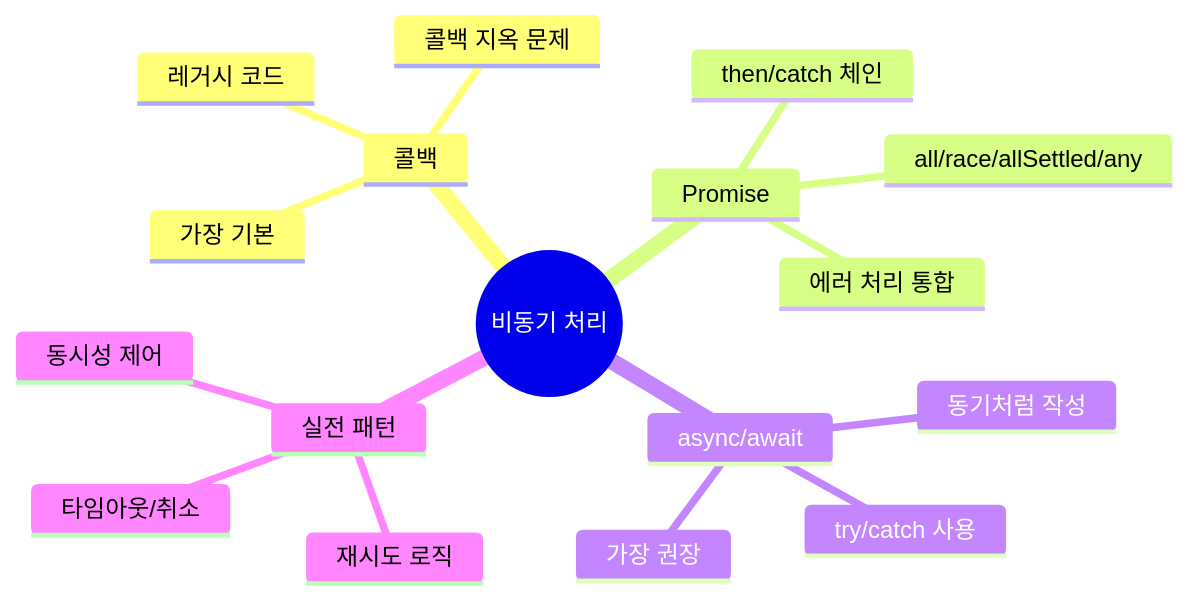
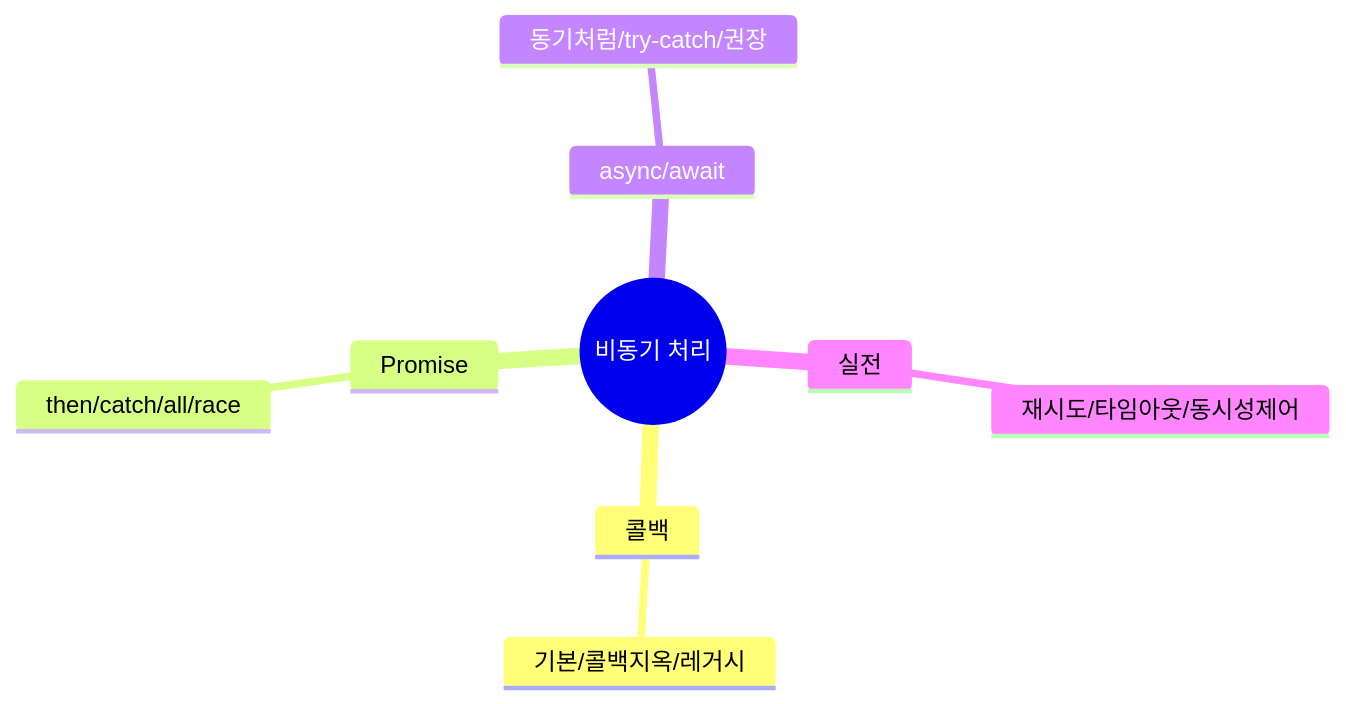
The sixth of 6 diagrams in _posts/frontend/2026-05-02-js-async.md (yjkim2015/yjkim2015.github.io), drawn with Mermaid before and after one commit. The commit also changed other lines of this file and 215 other files, not shown here.

First line of the commit message:
신규 포스트 10개 추가 + Mermaid 전면 축소 + SystemDesign 시리즈 보강

````diff
--- a/_posts/frontend/2026-05-02-js-async.md
+++ b/_posts/frontend/2026-05-02-js-async.md
@@ -551,20 +519,12 @@
 ```mermaid
 mindmap
   root((비동기 처리))
     콜백
-      가장 기본
-      콜백 지옥 문제
-      레거시 코드
+      기본/콜백지옥/레거시
     Promise
-      then/catch 체인
-      all/race/allSettled/any
-      에러 처리 통합
+      then/catch/all/race
     async/await
-      동기처럼 작성
-      try/catch 사용
-      가장 권장
-    실전 패턴
-      재시도 로직
-      타임아웃/취소
-      동시성 제어
+      동기처럼/try-catch/권장
+    실전
+      재시도/타임아웃/동시성제어
 ```
````
